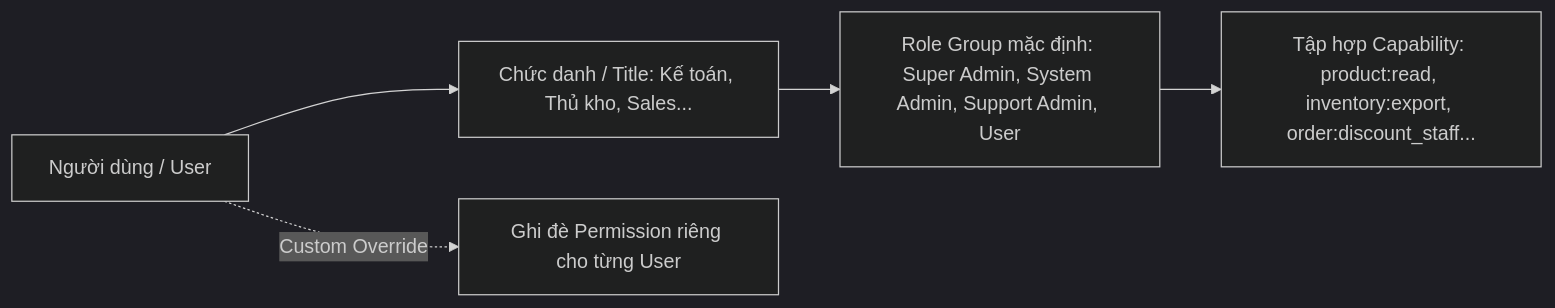
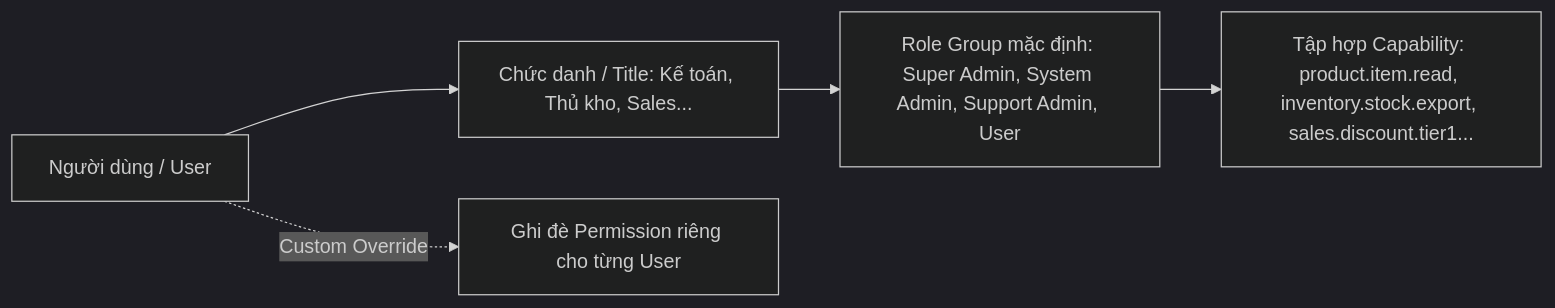
One commit to HomyHubs/vlxd changed the diagram in docs/adr/0006-auth-and-authorization.md. Above: the diagram before and after it, drawn with Mermaid (dark theme). The commit also changed other lines of this file and 8 other files, not shown here.

First line of the commit message:
fix(decisions): reconcile order state machine, stock deduction events, M1-M4 matrix, and audit records (#10)

````diff
--- a/docs/adr/0006-auth-and-authorization.md
+++ b/docs/adr/0006-auth-and-authorization.md
@@ -54,7 +54,7 @@
 ```mermaid
 graph LR
     User[Người dùng / User] --> Title[Chức danh / Title: Kế toán, Thủ kho, Sales...]
     Title --> RoleGroup[Role Group mặc định: Super Admin, System Admin, Support Admin, User]
-    RoleGroup --> Permissions[Tập hợp Capability: product:read, inventory:export, order:discount_staff...]
+    RoleGroup --> Permissions[Tập hợp Capability: product.item.read, inventory.stock.export, sales.discount.tier1...]
     User -. Custom Override .-> CustomPerms[Ghi đè Permission riêng cho từng User]
 ```
````
